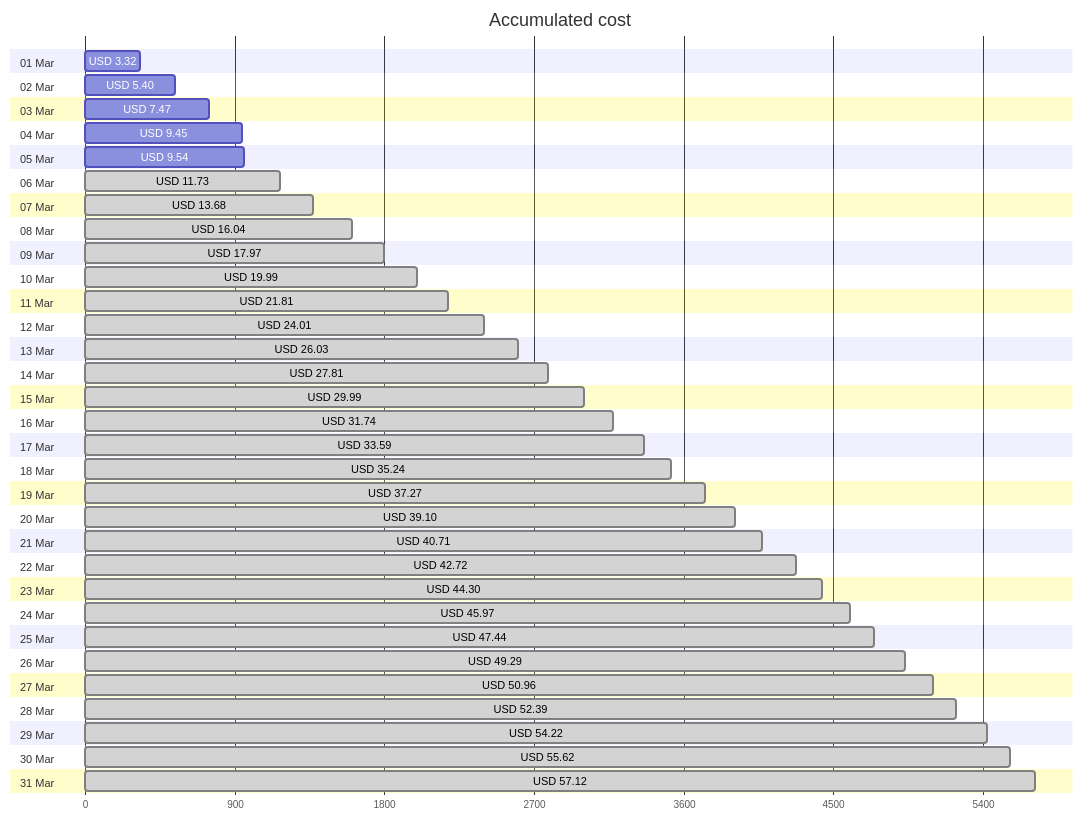
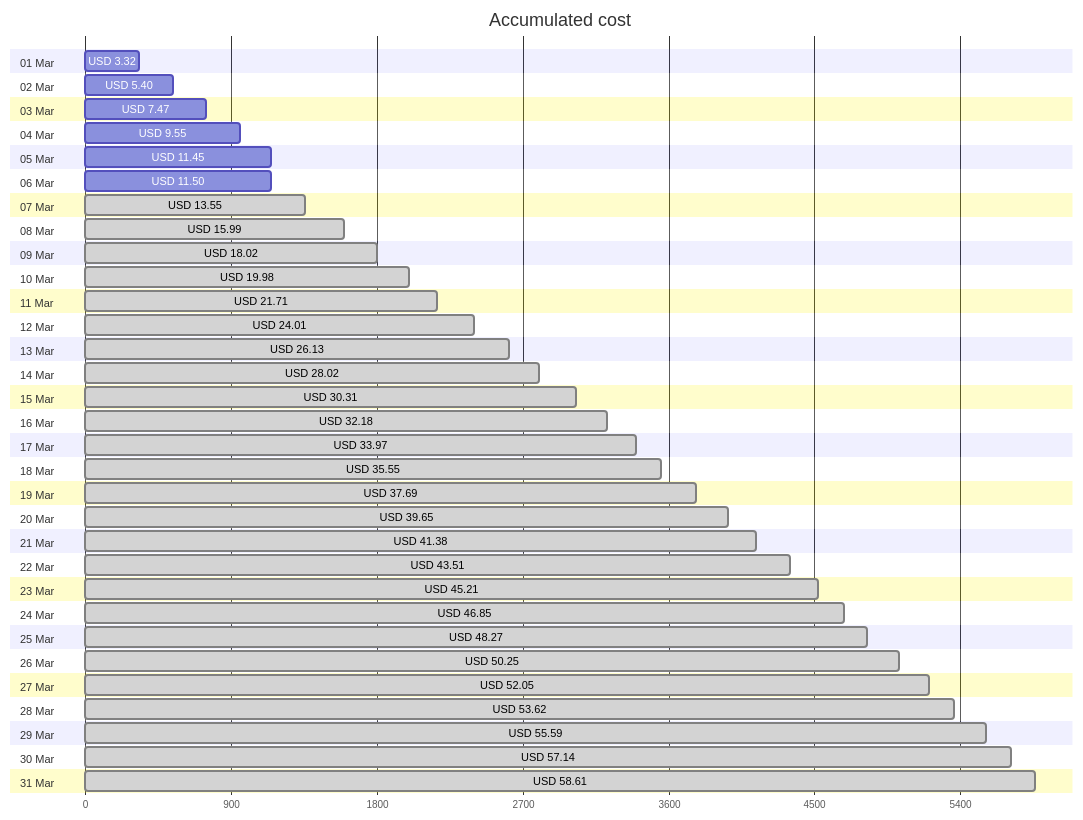
The first of 4 diagrams in cost-reports/accumulated-cost.md (jpfulton/azure-personal-reports), drawn with Mermaid before and after one commit. The commit also changed other lines of this file and 4 other files, not shown here.

````diff
--- a/cost-reports/accumulated-cost.md
+++ b/cost-reports/accumulated-cost.md
@@ -20,68 +20,68 @@
 ```mermaid
 gantt
    title Accumulated cost
    dateFormat  X
    axisFormat %s
    section 01 Mar
    USD 3.32 :0, 332
    section 02 Mar
    USD 5.40 :0, 540
    section 03 Mar
    USD 7.47 :0, 747
    section 04 Mar
-   USD 9.45 :0, 945
+   USD 9.55 :0, 955
    section 05 Mar
-   USD 9.54 :0, 954
+   USD 11.45 :0, 1145
    section 06 Mar
-   USD 11.73 : done, 0, 1173
+   USD 11.50 :0, 1150
    section 07 Mar
-   USD 13.68 : done, 0, 1368
+   USD 13.55 : done, 0, 1355
    section 08 Mar
-   USD 16.04 : done, 0, 1604
+   USD 15.99 : done, 0, 1599
    section 09 Mar
-   USD 17.97 : done, 0, 1797
+   USD 18.02 : done, 0, 1802
    section 10 Mar
-   USD 19.99 : done, 0, 1999
+   USD 19.98 : done, 0, 1998
    section 11 Mar
-   USD 21.81 : done, 0, 2181
+   USD 21.71 : done, 0, 2171
    section 12 Mar
    USD 24.01 : done, 0, 2401
    section 13 Mar
-   USD 26.03 : done, 0, 2603
+   USD 26.13 : done, 0, 2613
    section 14 Mar
-   USD 27.81 : done, 0, 2781
+   USD 28.02 : done, 0, 2802
    section 15 Mar
-   USD 29.99 : done, 0, 2999
+   USD 30.31 : done, 0, 3031
    section 16 Mar
-   USD 31.74 : done, 0, 3174
+   USD 32.18 : done, 0, 3218
    section 17 Mar
-   USD 33.59 : done, 0, 3359
+   USD 33.97 : done, 0, 3397
    section 18 Mar
-   USD 35.24 : done, 0, 3524
+   USD 35.55 : done, 0, 3555
    section 19 Mar
-   USD 37.27 : done, 0, 3727
+   USD 37.69 : done, 0, 3769
    section 20 Mar
-   USD 39.10 : done, 0, 3910
+   USD 39.65 : done, 0, 3965
    section 21 Mar
-   USD 40.71 : done, 0, 4071
+   USD 41.38 : done, 0, 4138
    section 22 Mar
-   USD 42.72 : done, 0, 4272
+   USD 43.51 : done, 0, 4351
    section 23 Mar
-   USD 44.30 : done, 0, 4430
+   USD 45.21 : done, 0, 4521
    section 24 Mar
-   USD 45.97 : done, 0, 4597
+   USD 46.85 : done, 0, 4685
    section 25 Mar
-   USD 47.44 : done, 0, 4744
+   USD 48.27 : done, 0, 4827
    section 26 Mar
-   USD 49.29 : done, 0, 4929
+   USD 50.25 : done, 0, 5025
    section 27 Mar
-   USD 50.96 : done, 0, 5096
+   USD 52.05 : done, 0, 5205
    section 28 Mar
-   USD 52.39 : done, 0, 5239
+   USD 53.62 : done, 0, 5362
    section 29 Mar
-   USD 54.22 : done, 0, 5422
+   USD 55.59 : done, 0, 5559
    section 30 Mar
-   USD 55.62 : done, 0, 5562
+   USD 57.14 : done, 0, 5714
    section 31 Mar
-   USD 57.12 : done, 0, 5712
+   USD 58.61 : done, 0, 5861
 ```
````
